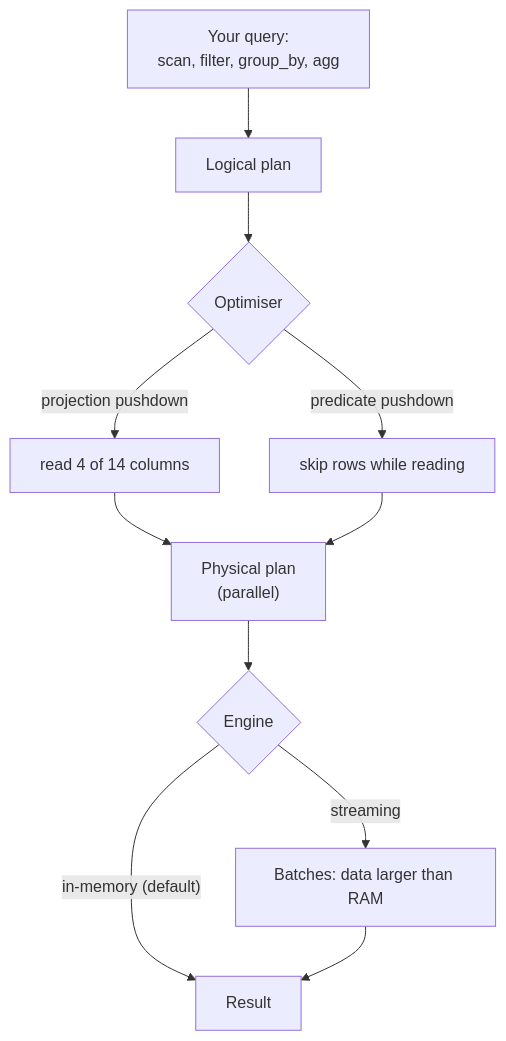
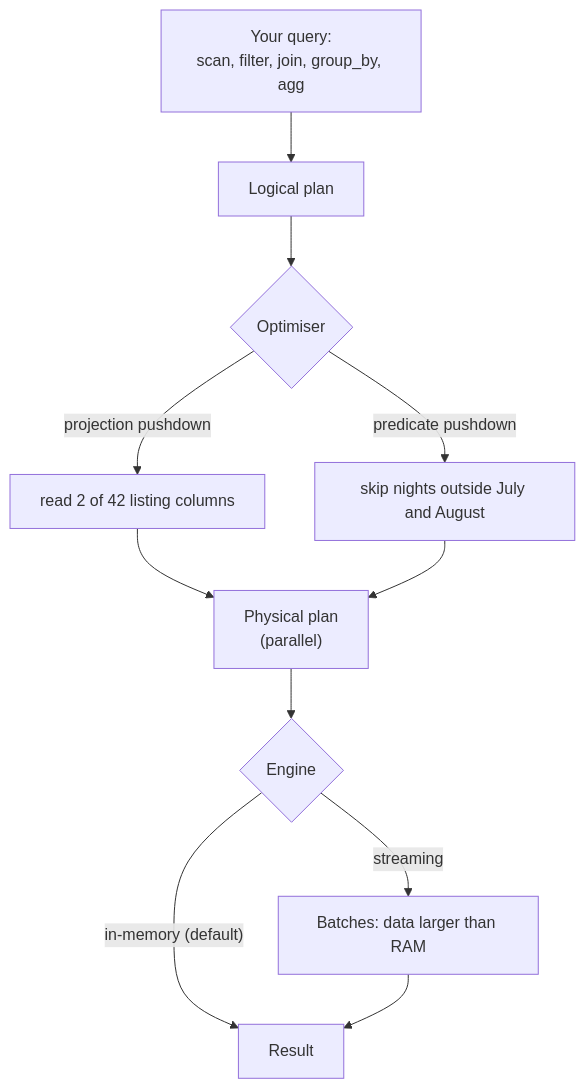
Before and after one commit to khoadaniel/statistical-programming-mpmd-htw-ws-2026: the second of 3 diagrams in sessions/03-sql-and-polars/theory/03-polars-and-choosing-a-tool.md, drawn with Mermaid. The commit also changed other lines of this file and 160 other files, not shown here.

````diff
--- a/sessions/03-sql-and-polars/theory/03-polars-and-choosing-a-tool.md
+++ b/sessions/03-sql-and-polars/theory/03-polars-and-choosing-a-tool.md
@@ -80,13 +78,13 @@
 ```mermaid
 flowchart TB
-    Q["Your query:<br/>scan, filter, group_by, agg"] --> P["Logical plan"]
+    Q["Your query:<br/>scan, filter, join, group_by, agg"] --> P["Logical plan"]
     P --> O{"Optimiser"}
-    O -->|"projection pushdown"| C["read 4 of 14 columns"]
-    O -->|"predicate pushdown"| R["skip rows while reading"]
+    O -->|"projection pushdown"| C["read 2 of 42 listing columns"]
+    O -->|"predicate pushdown"| R["skip nights outside July and August"]
     C --> X["Physical plan<br/>(parallel)"]
     R --> X
     X --> E{"Engine"}
     E -->|"in-memory (default)"| M["Result"]
     E -->|"streaming"| S["Batches: data larger than RAM"]
     S --> M
 ```
````
